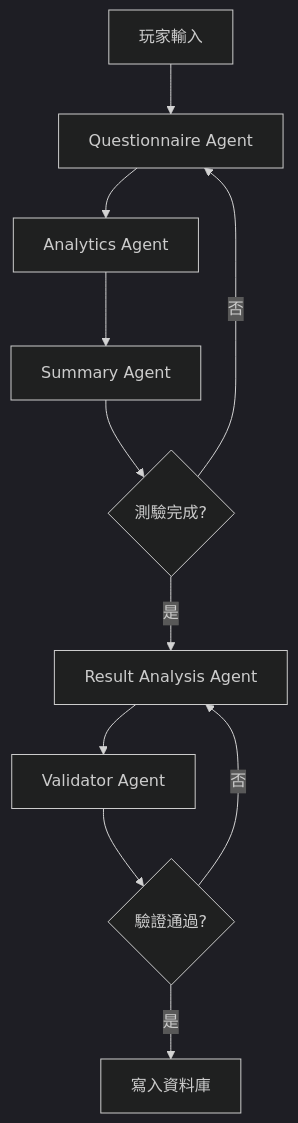
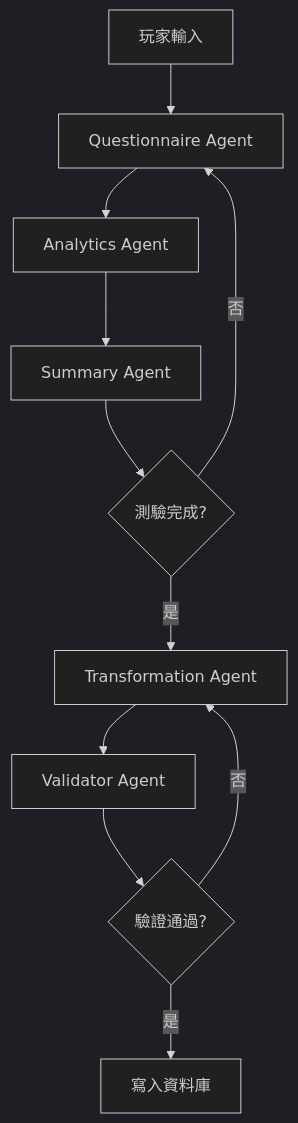
Before and after one commit to sacahan/TraitQuest: the diagram in spec/templates.md, drawn with Mermaid (dark theme). The commit also changed other lines of this file and 2 other files, not shown here.

````diff
--- a/spec/templates.md
+++ b/spec/templates.md
@@ -188,13 +197,13 @@
 ```mermaid
 graph TD
     A[玩家輸入] --> B[Questionnaire Agent]
     B --> C[Analytics Agent]
     C --> D[Summary Agent]
     D --> E{測驗完成?}
     E -->|否| B
-    E -->|是| F[Result Analysis Agent]
+    E -->|是| F[Transformation Agent]
     F --> G[Validator Agent]
     G --> H{驗證通過?}
     H -->|是| I[寫入資料庫]
     H -->|否| F
 ```
````
